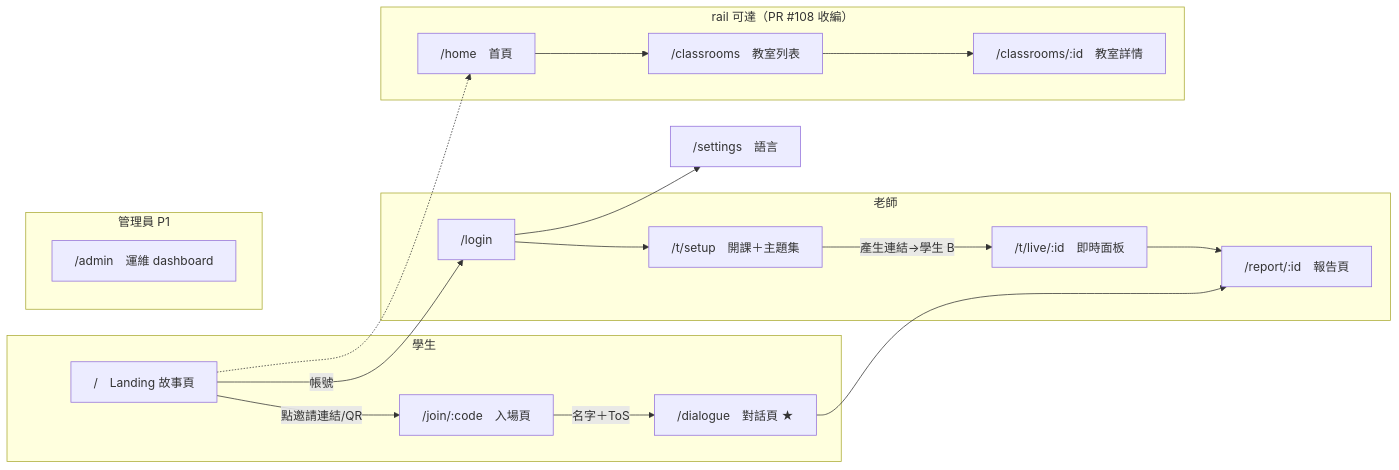
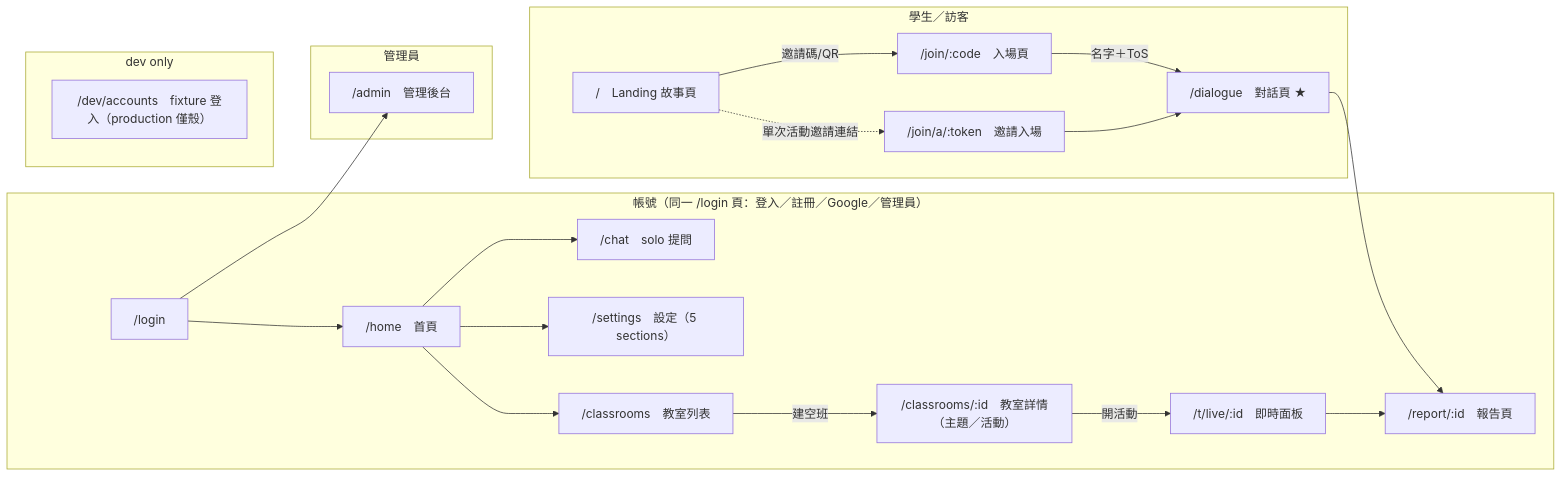
The diagram in docs/frontend.md (ntnu-swe-2026-team4/socrates-classroom), drawn with Mermaid before and after one commit. The commit also changed other lines of this file and 2 other files, not shown here.

````diff
--- a/docs/frontend.md
+++ b/docs/frontend.md
@@ -15,23 +16,25 @@
 ```mermaid
 flowchart LR
-    subgraph student[學生]
-        A["/　Landing 故事頁"] -->|"點邀請連結/QR"| B["/join/:code　入場頁"]
+    subgraph student["學生／訪客"]
+        A["/　Landing 故事頁"] -->|"邀請碼/QR"| B["/join/:code　入場頁"]
+        A -.->|"單次活動邀請連結"| T["/join/a/:token　邀請入場"]
         B -->|"名字＋ToS"| D["/dialogue　對話頁 ★"]
+        T --> D
     end
-    subgraph teacher[老師]
-        A -->|帳號| C["/login"]
-        C --> E["/t/setup　開課＋主題集"]
-        E -->|"產生連結→學生 B"| F["/t/live/:id　即時面板"]
-        F --> G["/report/:id　報告頁"]
+    D --> G["/report/:id　報告頁"]
+    subgraph account["帳號（同一 /login 頁：登入／註冊／Google／管理員）"]
+        C["/login"] --> J["/home　首頁"]
+        J --> CH["/chat　solo 提問"]
+        J --> S["/settings　設定（5 sections）"]
+        J --> K["/classrooms　教室列表"]
+        K -->|"建空班"| L["/classrooms/:id　教室詳情（主題／活動）"]
+        L -->|"開活動"| F["/t/live/:id　即時面板"]
+        F --> G
     end
-    D --> G
-    C --> H["/settings　語言"]
-    subgraph rail[rail 可達（PR #108 收編）]
-        J["/home　首頁"] --> K["/classrooms　教室列表"]
-        K --> L["/classrooms/:id　教室詳情"]
+    subgraph adminR["管理員"]
+        C --> I["/admin　管理後台"]
     end
-    A -.-> J
-    subgraph admin[管理員 P1]
-        I["/admin　運維 dashboard"]
+    subgraph dev["dev only"]
+        V["/dev/accounts　fixture 登入（production 僅殼）"]
     end
 ```
````
